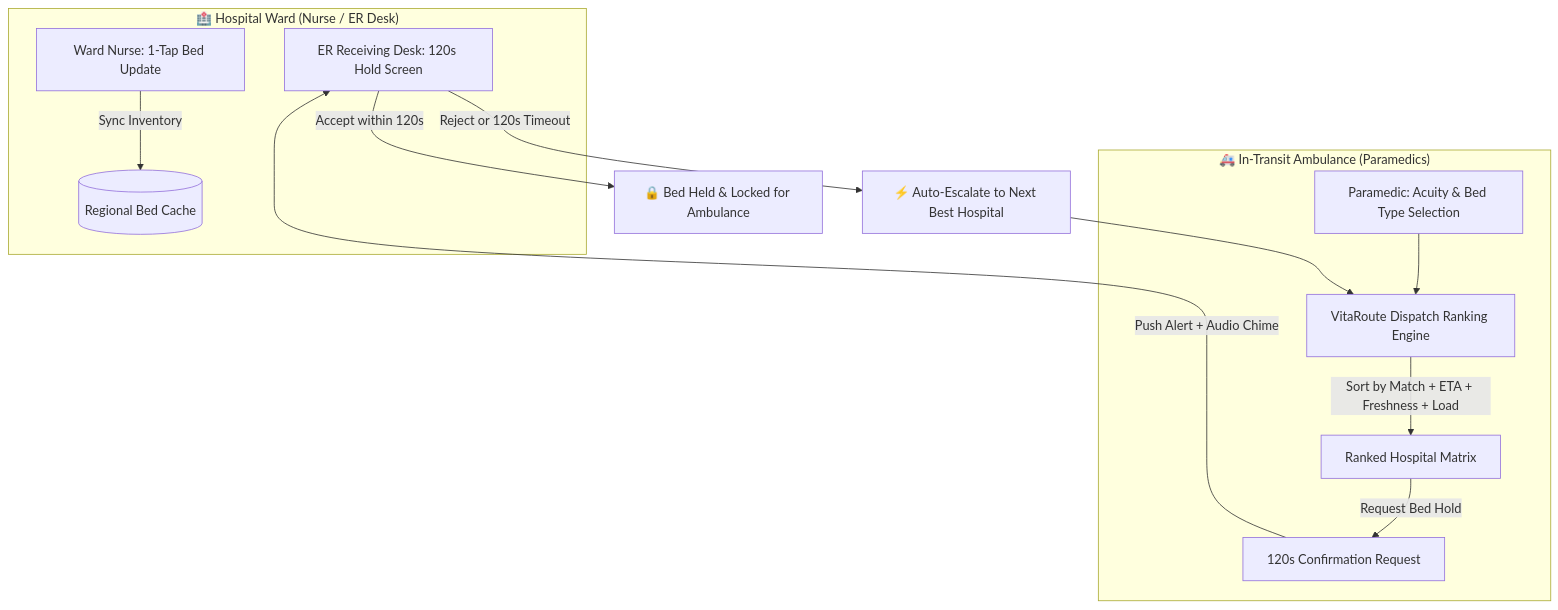
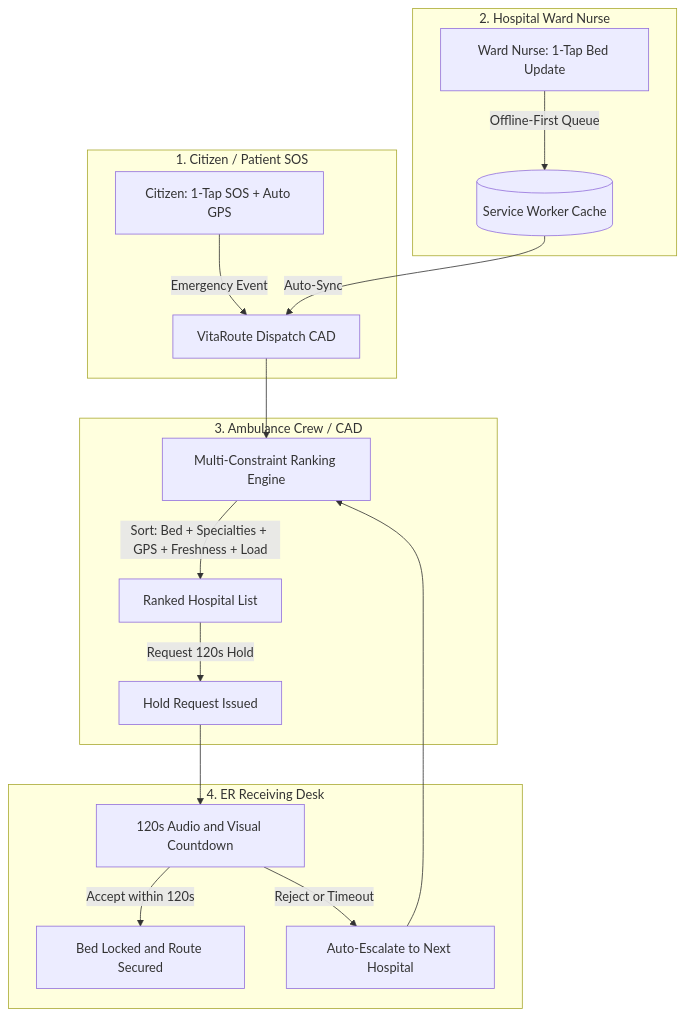
One commit to bahuli1203/T47-VitaRoute changed the diagram in README.md. Above: the diagram before and after it, drawn with Mermaid. The commit also changed other lines of this file and 16 other files, not shown here.

Commit message:
feat: Add PWA service worker, Citizen SOS trigger, multi-constraint ranking, and live GPS

````diff
--- a/README.md
+++ b/README.md
@@ -33,19 +44,24 @@
 ```mermaid
 flowchart TD
-    subgraph Hospital["🏥 Hospital Ward (Nurse / ER Desk)"]
-        N[Ward Nurse: 1-Tap Bed Update] -->|Sync Inventory| S[(Regional Bed Cache)]
-        ER[ER Receiving Desk: 120s Hold Screen]
+    subgraph Citizen["1. Citizen / Patient SOS"]
+        C[Citizen: 1-Tap SOS + Auto GPS] -->|Emergency Event| CAD[VitaRoute Dispatch CAD]
     end
 
-    subgraph Ambulance["🚑 In-Transit Ambulance (Paramedics)"]
-        A[Paramedic: Acuity & Bed Type Selection] --> CAD[VitaRoute Dispatch Ranking Engine]
-        CAD -->|Sort by Match + ETA + Freshness + Load| HList[Ranked Hospital Matrix]
-        HList -->|Request Bed Hold| RHold[120s Confirmation Request]
+    subgraph HospitalNurse["2. Hospital Ward Nurse"]
+        N[Ward Nurse: 1-Tap Bed Update] -->|Offline-First Queue| PWA[(Service Worker Cache)]
+        PWA -->|Auto-Sync| CAD
     end
 
-    RHold -->|Push Alert + Audio Chime| ER
+    subgraph Paramedics["3. Ambulance Crew / CAD"]
+        CAD --> Rank[Multi-Constraint Ranking Engine]
+        Rank -->|Sort: Bed + Specialties + GPS + Freshness + Load| Match[Ranked Hospital List]
+        Match -->|Request 120s Hold| Hold[Hold Request Issued]
+    end
 
-    ER -->|Accept within 120s| Lock[🔒 Bed Held & Locked for Ambulance]
-    ER -->|Reject or 120s Timeout| Esc[⚡ Auto-Escalate to Next Best Hospital]
-    Esc --> CAD
+    subgraph ERDesk["4. ER Receiving Desk"]
+        Hold --> ER[120s Audio and Visual Countdown]
+        ER -->|Accept within 120s| Lock[Bed Locked and Route Secured]
+        ER -->|Reject or Timeout| Esc[Auto-Escalate to Next Hospital]
+        Esc --> Rank
+    end
 ```
````
